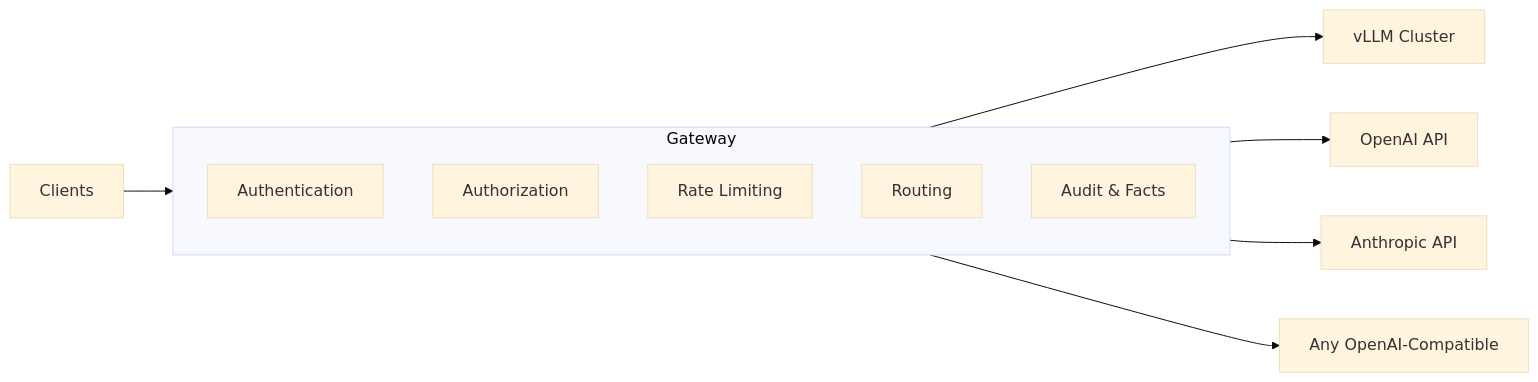
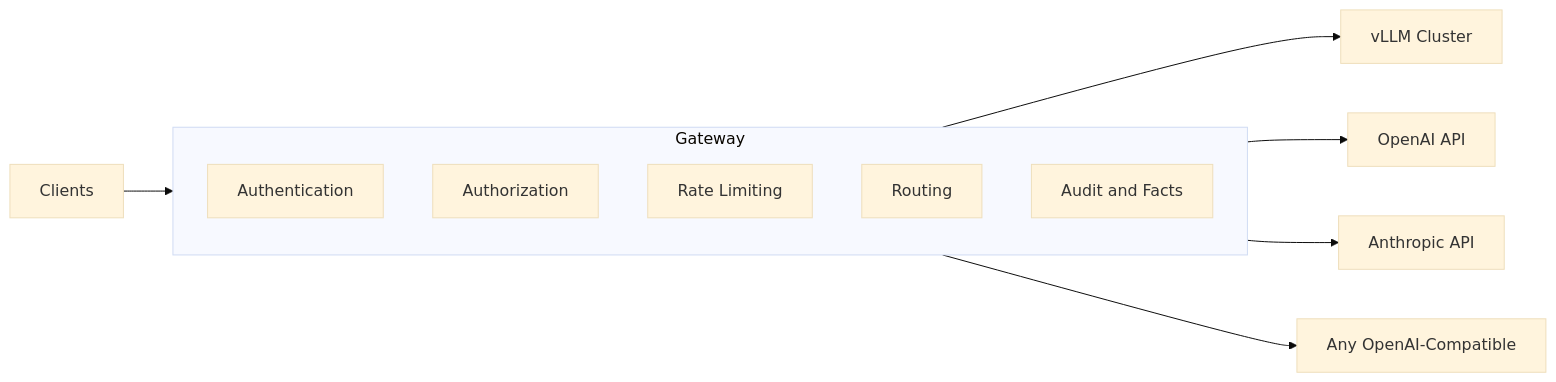
The diagram in docs/source/journey/origin.md (pty819/llm-gateway-docs), drawn with Mermaid (base theme) before and after one commit. The commit also changed 18 other files, not shown here.

First line of the commit message:
Fix RST directives and mermaid syntax in MD files

````diff
--- a/docs/source/journey/origin.md
+++ b/docs/source/journey/origin.md
@@ -42,16 +42,16 @@
 ```{mermaid}
 graph LR
     Client[Clients] --> Gateway[LLM Gateway]
     Gateway --> vLLM[vLLM Cluster]
     Gateway --> OpenAI[OpenAI API]
     Gateway --> Anthropic[Anthropic API]
     Gateway --> Other[Any OpenAI-Compatible]
 
     subgraph Gateway
         Auth[Authentication]
         Policy[Authorization]
         Rate[Rate Limiting]
         Route[Routing]
-        Audit[Audit & Facts]
+        Audit[Audit and Facts]
     end
 ```
````
